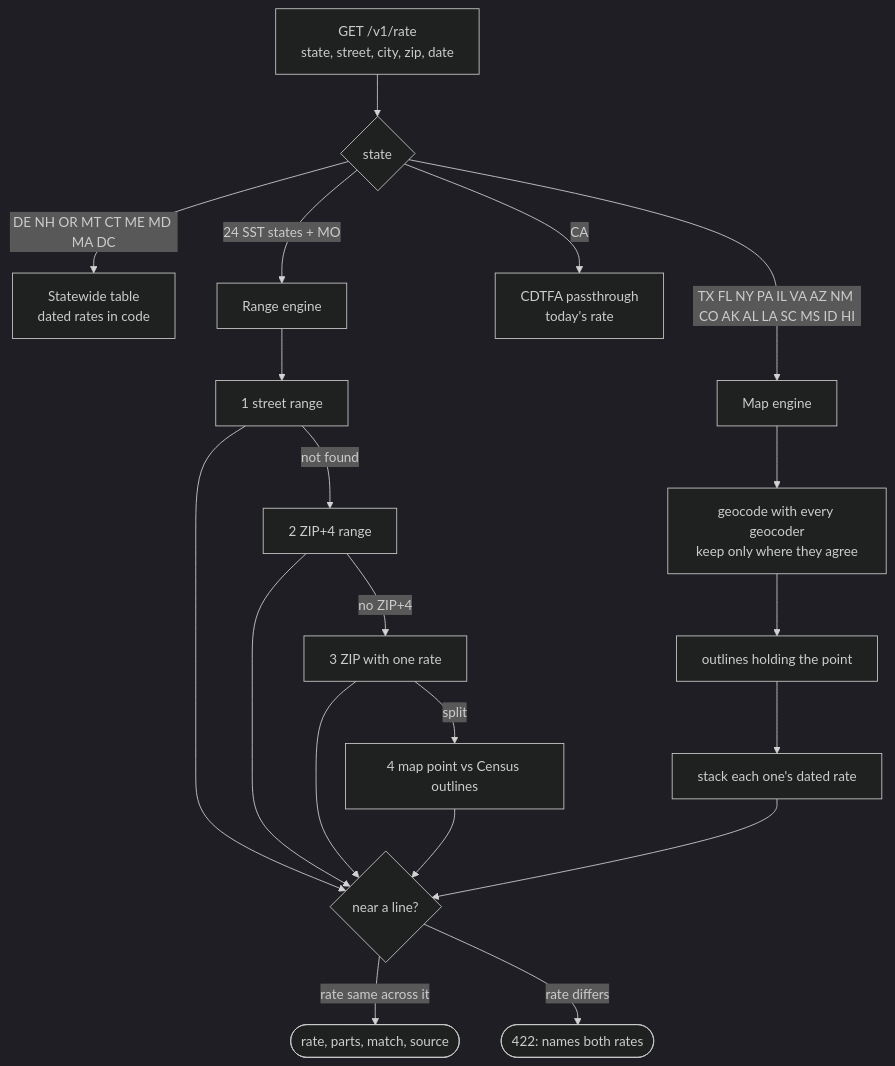
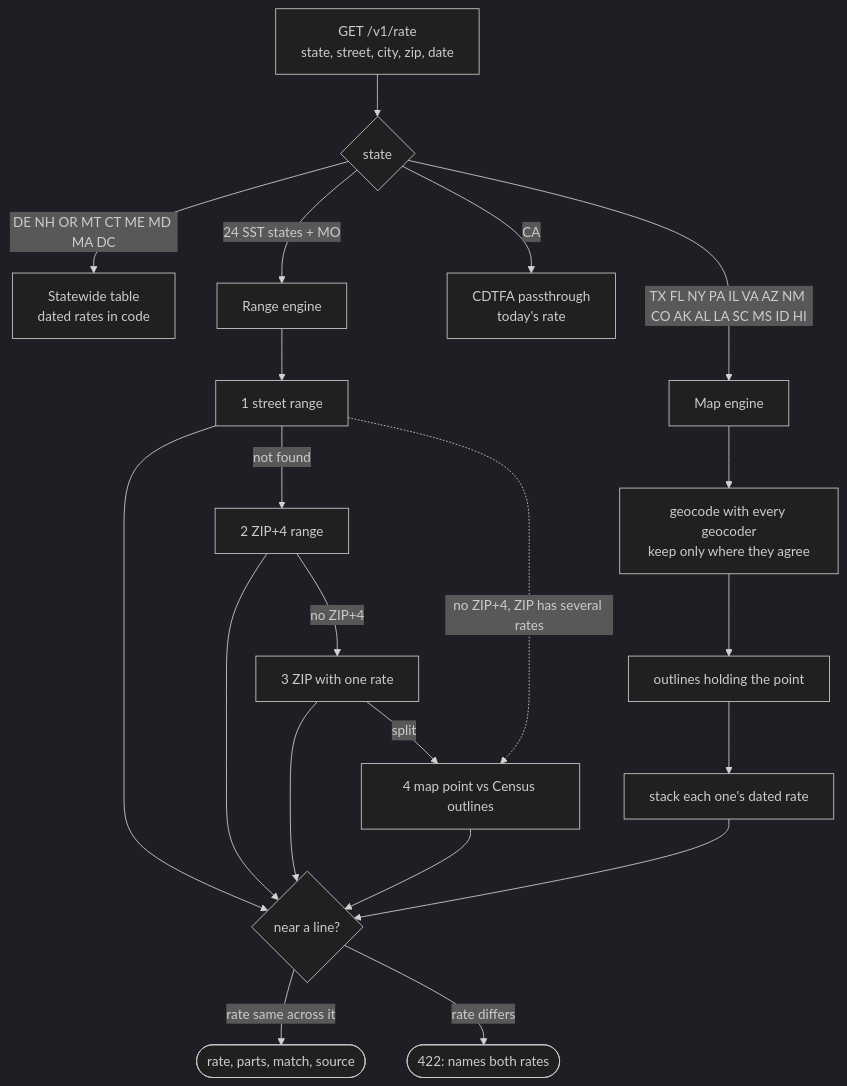
Before and after one commit to equated-org/opentaxrate: the second of 3 diagrams in docs/architecture.md, drawn with Mermaid (dark theme). The commit also changed other lines of this file and 11 other files, not shown here.

````diff
--- a/docs/architecture.md
+++ b/docs/architecture.md
@@ -31,15 +33,16 @@
 ```mermaid
 flowchart TD
   q["GET /v1/rate<br/>state, street, city, zip, date"] --> route{state}
   route -->|DE NH OR MT CT ME MD MA DC| sw[Statewide table<br/>dated rates in code]
   route -->|24 SST states + MO| rg[Range engine]
   route -->|TX FL NY PA IL VA AZ NM CO AK AL LA SC MS ID HI| mp[Map engine]
   route -->|CA| ca[CDTFA passthrough<br/>today's rate]
 
   rg --> s1[1 street range] -->|not found| s2[2 ZIP+4 range] -->|no ZIP+4| s3[3 ZIP with one rate] -->|split| s4[4 map point vs Census outlines]
+  s1 -.->|no ZIP+4, ZIP has several rates| s4
   mp --> g1[geocode with every geocoder<br/>keep only where they agree] --> g2[outlines holding the point] --> g3[stack each one's dated rate]
 
   s1 & s2 & s3 & s4 & g3 --> edge{near a line?}
   edge -->|rate same across it| ok([rate, parts, match, source])
   edge -->|rate differs| no([422: names both rates])
 ```
````
